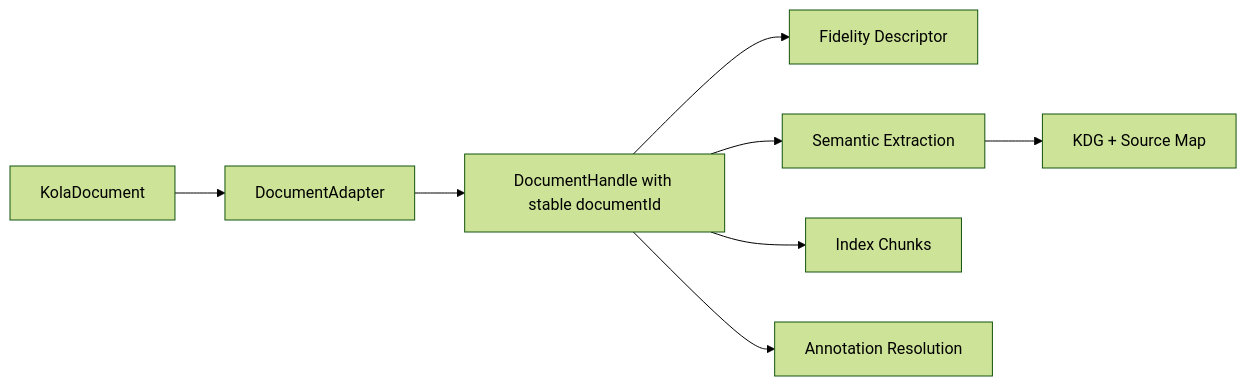
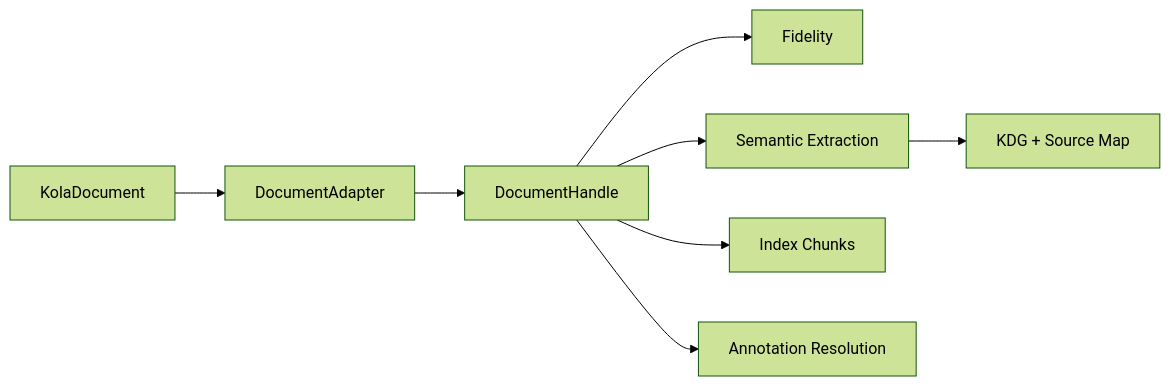
The sixth of 11 diagrams in docs/PROJECT_GRAPH.md (aaditya140103/kola), drawn with Mermaid (forest theme) before and after one commit. The commit also changed other lines of this file, not shown here.

Commit message:
docs: add reader state persistence loop to project graph

````diff
--- a/docs/PROJECT_GRAPH.md
+++ b/docs/PROJECT_GRAPH.md
@@ -132,17 +115,8 @@
 ```mermaid
 flowchart LR
-    Doc[KolaDocument]
-    Adapter[DocumentAdapter]
-    Handle[DocumentHandle with stable documentId]
-    Fidelity[Fidelity Descriptor]
-    Extract[Semantic Extraction]
-    Graph[KDG + Source Map]
-    Index[Index Chunks]
-    Resolve[Annotation Resolution]
-
-    Doc --> Adapter --> Handle
-    Handle --> Fidelity
-    Handle --> Extract --> Graph
-    Handle --> Index
-    Handle --> Resolve
+    Doc[KolaDocument] --> Adapter[DocumentAdapter] --> Handle[DocumentHandle]
+    Handle --> Fidelity[Fidelity]
+    Handle --> Extract[Semantic Extraction] --> KDG[KDG + Source Map]
+    Handle --> Index[Index Chunks]
+    Handle --> Resolve[Annotation Resolution]
 ```
````
